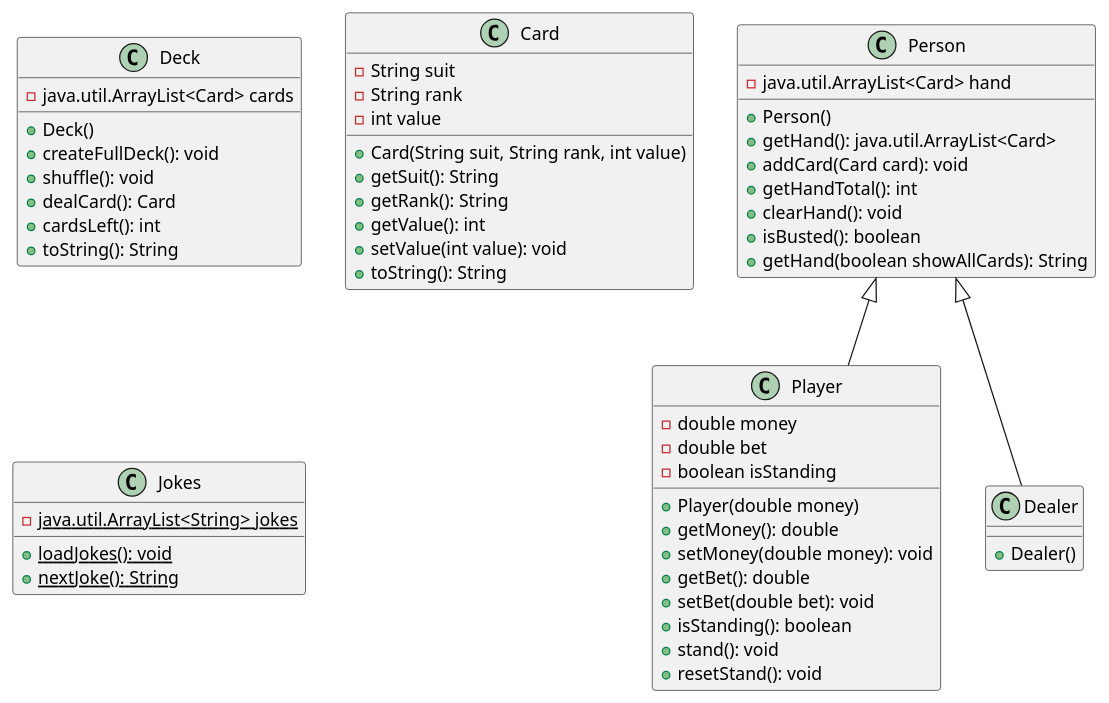
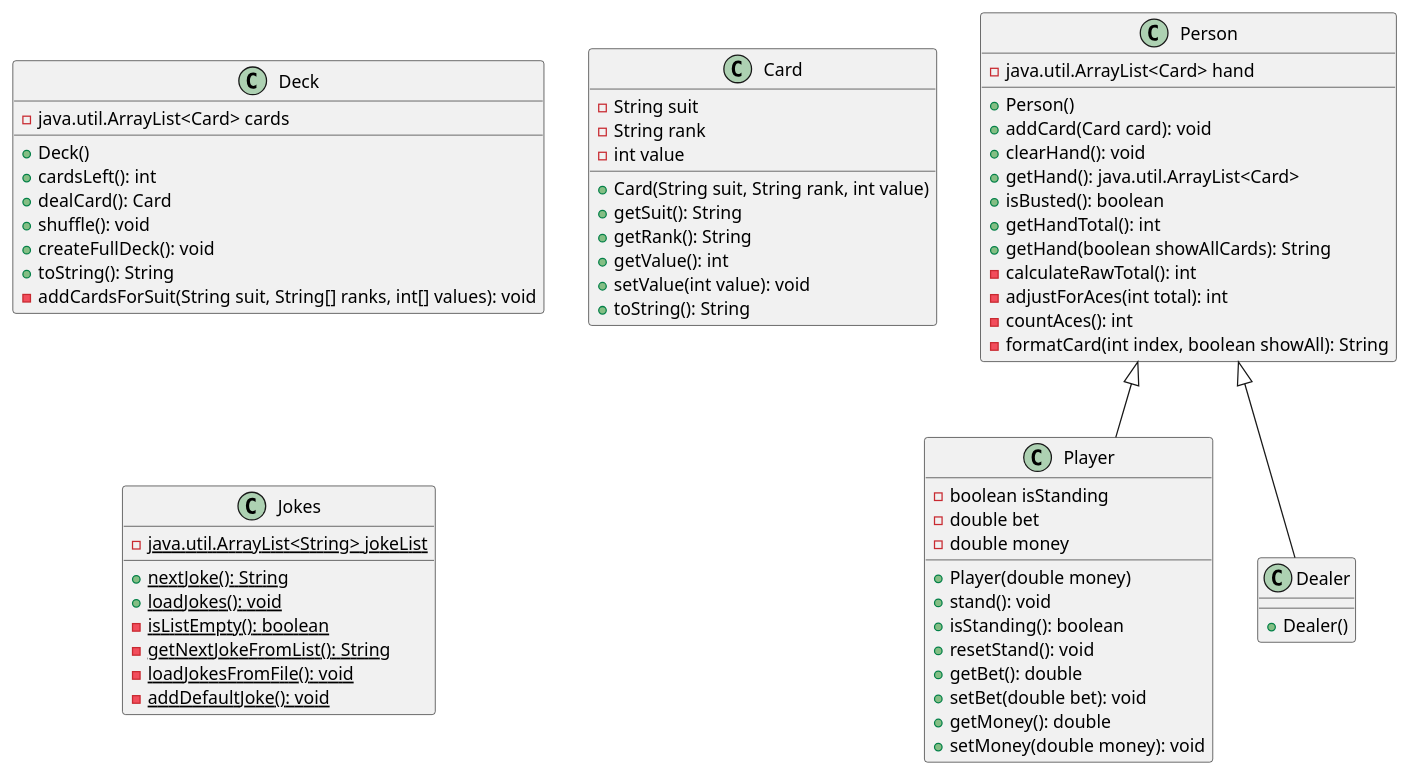
The diagram in UML.puml (DevHamzaKhan/blackjack), drawn with PlantUML before and after one commit. The commit also changed 9 other files, not shown here.

```diff
--- a/UML.puml
+++ b/UML.puml
@@ -1,60 +1,69 @@
 @startuml
 
 class Deck {
   - java.util.ArrayList<Card> cards
   + Deck()
+  + cardsLeft(): int
+  + dealCard(): Card
+  + shuffle(): void
   + createFullDeck(): void
-  + shuffle(): void
-  + dealCard(): Card
-  + cardsLeft(): int
   + toString(): String
+  - addCardsForSuit(String suit, String[] ranks, int[] values): void
 }
 
 class Card {
   - String suit
   - String rank
   - int value
   + Card(String suit, String rank, int value)
   + getSuit(): String
   + getRank(): String
   + getValue(): int
   + setValue(int value): void
   + toString(): String
 }
 
 class Person {
   - java.util.ArrayList<Card> hand
   + Person()
+  + addCard(Card card): void
+  + clearHand(): void
   + getHand(): java.util.ArrayList<Card>
-  + addCard(Card card): void
+  + isBusted(): boolean
   + getHandTotal(): int
-  + clearHand(): void
-  + isBusted(): boolean
   + getHand(boolean showAllCards): String
+  - calculateRawTotal(): int
+  - adjustForAces(int total): int
+  - countAces(): int
+  - formatCard(int index, boolean showAll): String
 }
 
 class Player extends Person {
+  - boolean isStanding
+  - double bet
   - double money
-  - double bet
-  - boolean isStanding
   + Player(double money)
+  + stand(): void
+  + isStanding(): boolean
+  + resetStand(): void
+  + getBet(): double
+  + setBet(double bet): void
   + getMoney(): double
   + setMoney(double money): void
-  + getBet(): double
-  + setBet(double bet): void
-  + isStanding(): boolean
-  + stand(): void
-  + resetStand(): void
 }
 
 class Dealer extends Person {
   + Dealer()
 }
 
 class Jokes {
-  {static} - java.util.ArrayList<String> jokes
+  {static} - java.util.ArrayList<String> jokeList
+  {static} + nextJoke(): String
   {static} + loadJokes(): void
-  {static} + nextJoke(): String
+  {static} - isListEmpty(): boolean
+  {static} - getNextJokeFromList(): String
+  {static} - loadJokesFromFile(): void
+  {static} - addDefaultJoke(): void
 }
 
 @enduml
```
